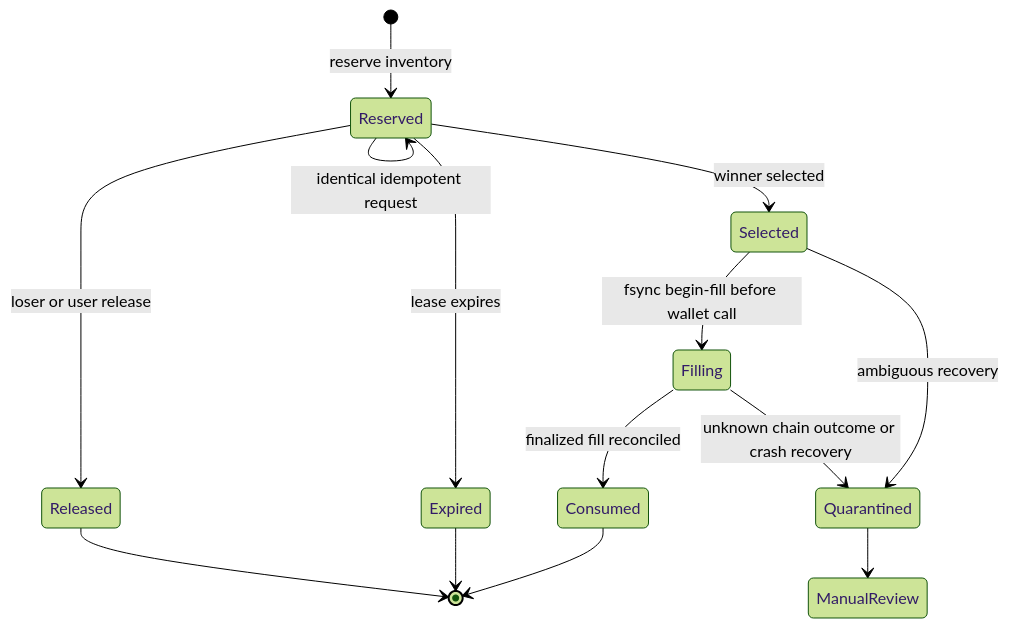
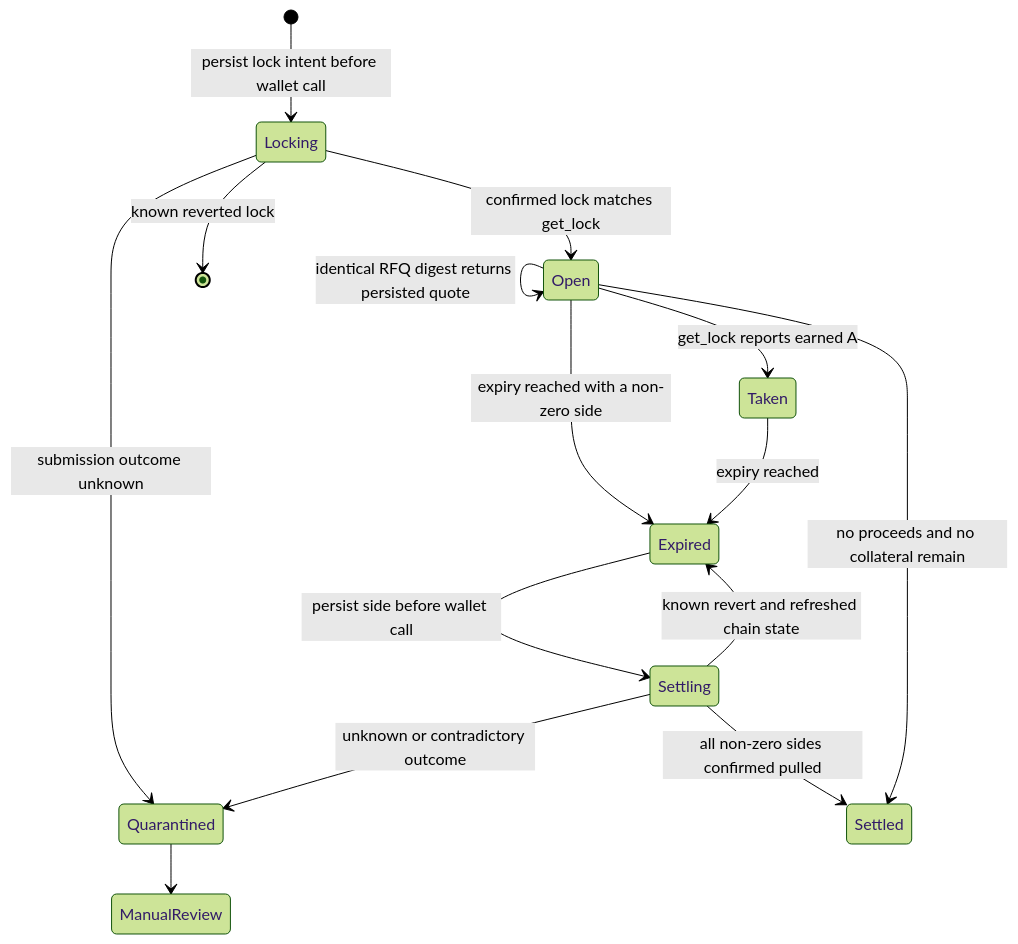
The fourth of 10 diagrams in docs/APP20_PROCESS_DIAGRAMS.md (gstohl/app20), drawn with Mermaid (forest theme) before and after one commit. The commit also changed other lines of this file and 80 other files, not shown here.

````diff
--- a/docs/APP20_PROCESS_DIAGRAMS.md
+++ b/docs/APP20_PROCESS_DIAGRAMS.md
@@ -105,16 +113,17 @@
 ```mermaid
 stateDiagram-v2
-    [*] --> Reserved: reserve inventory
-    Reserved --> Reserved: identical idempotent request
-    Reserved --> Selected: winner selected
-    Reserved --> Released: loser or user release
-    Reserved --> Expired: lease expires
-    Selected --> Filling: fsync begin-fill before wallet call
-    Filling --> Consumed: finalized fill reconciled
-    Filling --> Quarantined: unknown chain outcome or crash recovery
-    Selected --> Quarantined: ambiguous recovery
-    Released --> [*]
-    Expired --> [*]
-    Consumed --> [*]
+    [*] --> Locking: persist lock intent before wallet call
+    Locking --> Open: confirmed lock matches get_lock
+    Locking --> Quarantined: submission outcome unknown
+    Locking --> [*]: known reverted lock
+    Open --> Open: identical RFQ digest returns persisted quote
+    Open --> Taken: get_lock reports earned A
+    Open --> Expired: expiry reached with a non-zero side
+    Taken --> Expired: expiry reached
+    Expired --> Settling: persist side before wallet call
+    Settling --> Expired: known revert and refreshed chain state
+    Settling --> Settled: all non-zero sides confirmed pulled
+    Settling --> Quarantined: unknown or contradictory outcome
+    Open --> Settled: no proceeds and no collateral remain
     Quarantined --> ManualReview
 ```
````
